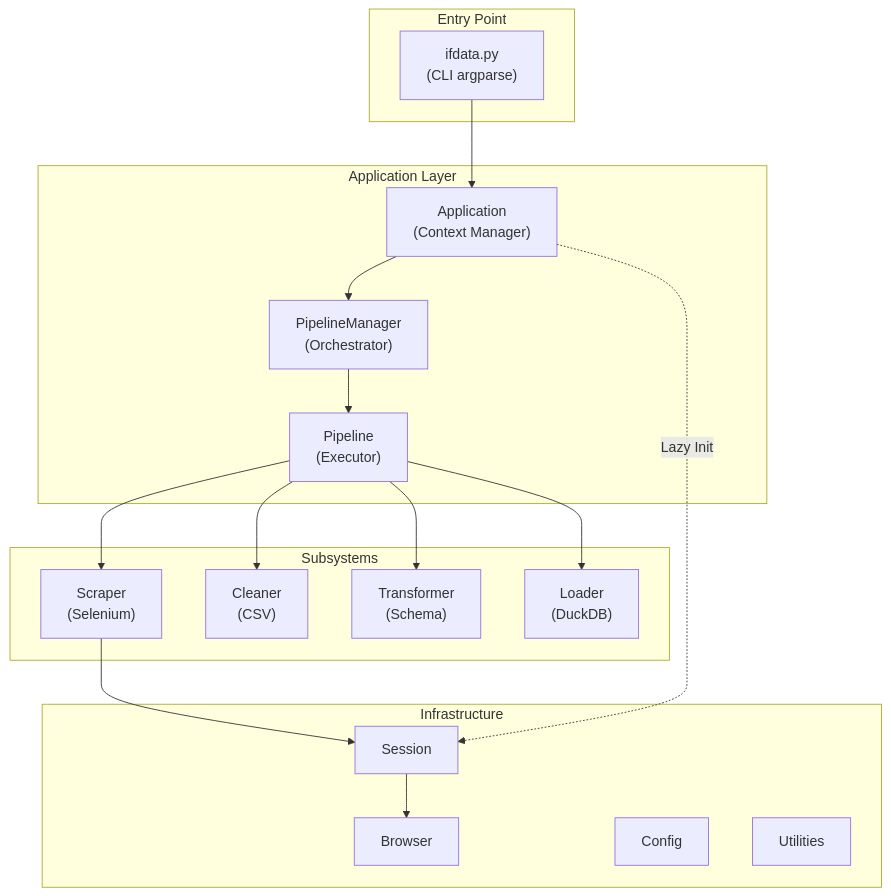
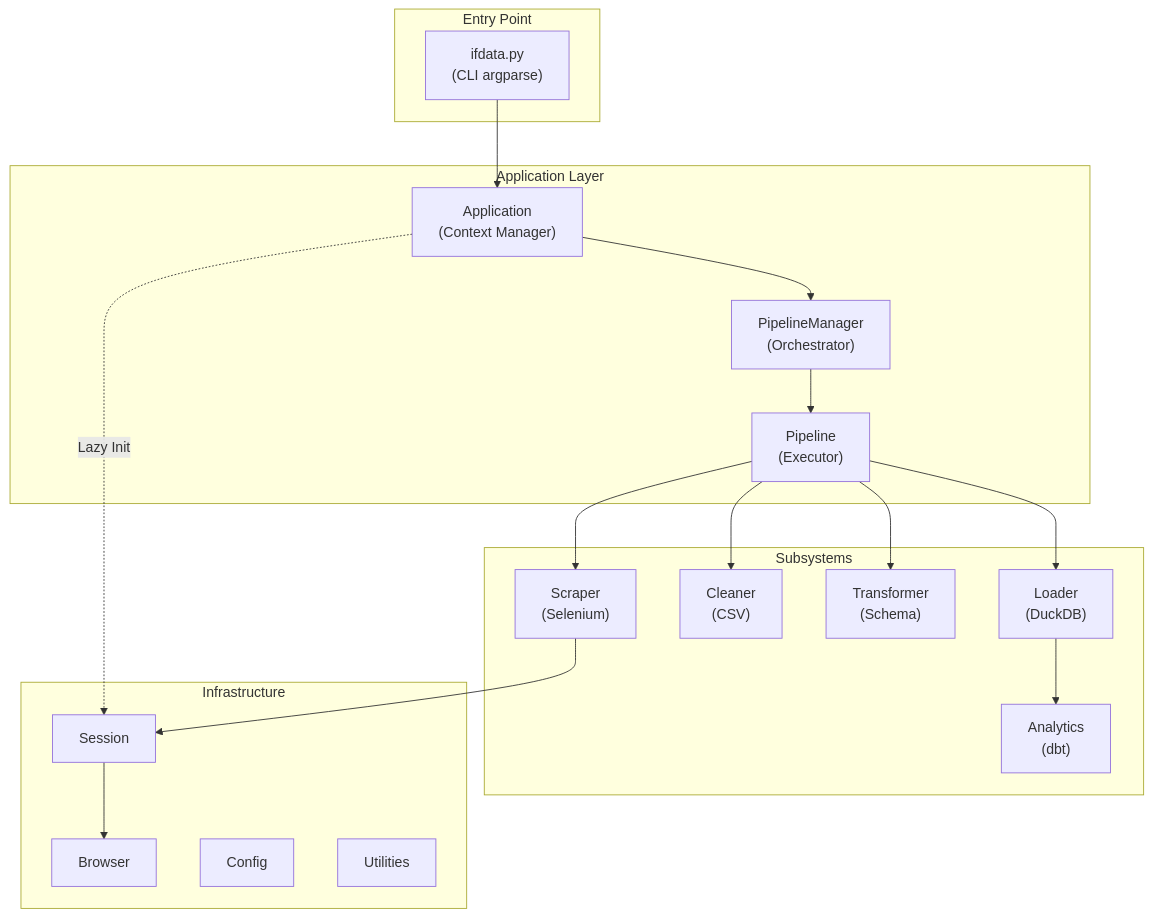
One commit to alexcamargos/bacen-ifdata-scraper changed the first of 2 diagrams in docs/ARCHITECTURE.md. Above: the diagram before and after it, drawn with Mermaid. The commit also changed other lines of this file, not shown here.

Commit message:
feat(docs): update architecture documentation to include Analytics (Gold Layer) section and dbt integration

````diff
--- a/docs/ARCHITECTURE.md
+++ b/docs/ARCHITECTURE.md
@@ -59,32 +58,34 @@
 ```mermaid
 flowchart TB
     subgraph entry["Entry Point"]
         CLI["ifdata.py<br/>(CLI argparse)"]
     end
 
     subgraph app["Application Layer"]
         APP["Application<br/>(Context Manager)"]
         PM["PipelineManager<br/>(Orchestrator)"]
         PIPE["Pipeline<br/>(Executor)"]
         APP --> PM --> PIPE
     end
 
     subgraph subs["Subsystems"]
         SCR["Scraper<br/>(Selenium)"]
         CLN["Cleaner<br/>(CSV)"]
         TRF["Transformer<br/>(Schema)"]
         LDR["Loader<br/>(DuckDB)"]
+        ANA["Analytics<br/>(dbt)"]
     end
 
     subgraph infra["Infrastructure"]
         SESSION["Session"]
         BROWSER["Browser"]
         CONFIG["Config"]
         UTILS["Utilities"]
     end
 
     CLI --> APP
     PIPE --> SCR & CLN & TRF & LDR
+    LDR --> ANA
     SCR --> SESSION --> BROWSER
     APP -.->|Lazy Init| SESSION
 ```
````
